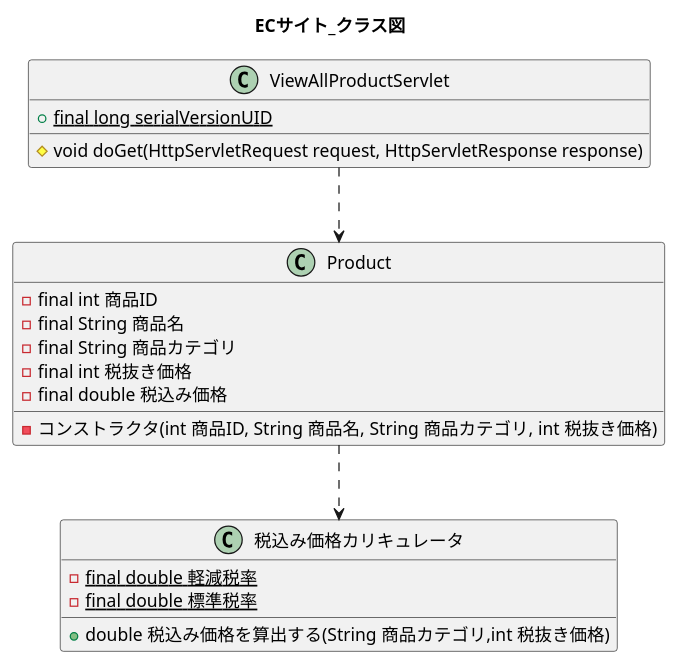
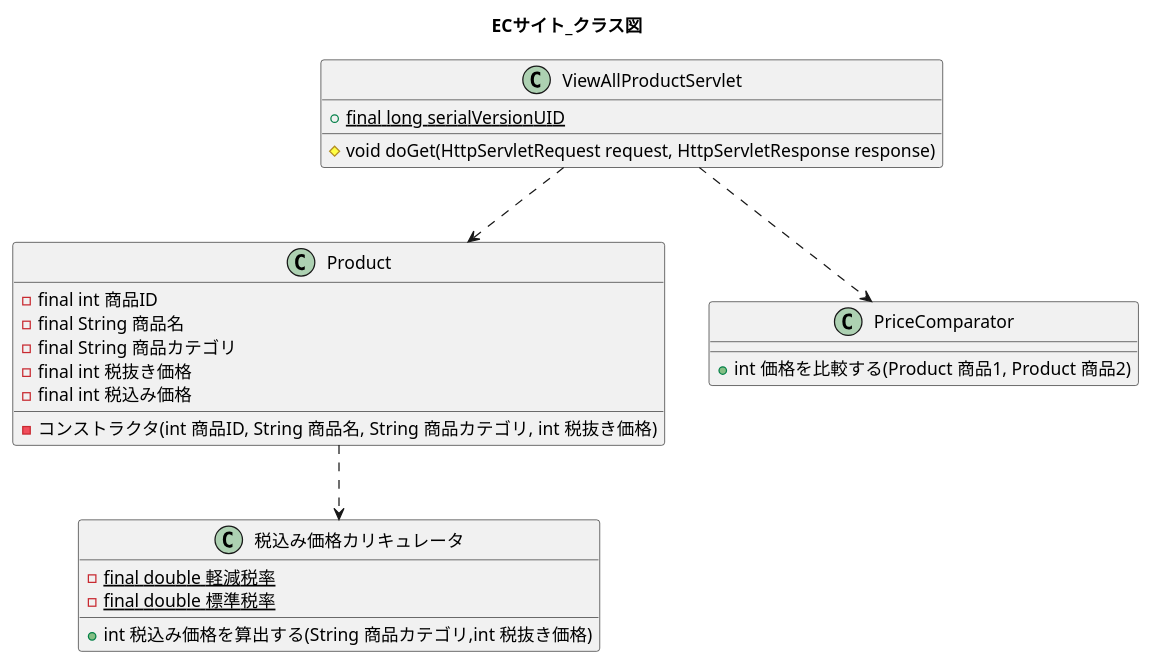
The diagram in UML/ClassDiag.puml (wnakayama/ojt_ecsite), drawn with PlantUML before and after one commit. The commit also changed 3 other files, not shown here.

```diff
--- a/UML/ClassDiag.puml
+++ b/UML/ClassDiag.puml
@@ -1,29 +1,34 @@
 @startuml
 title ECサイト_クラス図
 
 class ViewAllProductServlet {
     +{static} final long serialVersionUID
 
     #void doGet(HttpServletRequest request, HttpServletResponse response)
 }
 
 ViewAllProductServlet ..> Product
 class Product {
     -final int 商品ID
     -final String 商品名
     -final String 商品カテゴリ
     -final int 税抜き価格
-    -final double 税込み価格
+    -final int 税込み価格
 
     -コンストラクタ(int 商品ID, String 商品名, String 商品カテゴリ, int 税抜き価格)
 }
 
 Product ..> 税込み価格カリキュレータ
 class 税込み価格カリキュレータ {
     -{static}final double 軽減税率
     -{static}final double 標準税率
 
-    +double 税込み価格を算出する(String 商品カテゴリ,int 税抜き価格)
+    +int 税込み価格を算出する(String 商品カテゴリ,int 税抜き価格)
+}
+
+ViewAllProductServlet ..> PriceComparator
+class PriceComparator {
+    +int 価格を比較する(Product 商品1, Product 商品2)
 }
 
 @enduml
```
